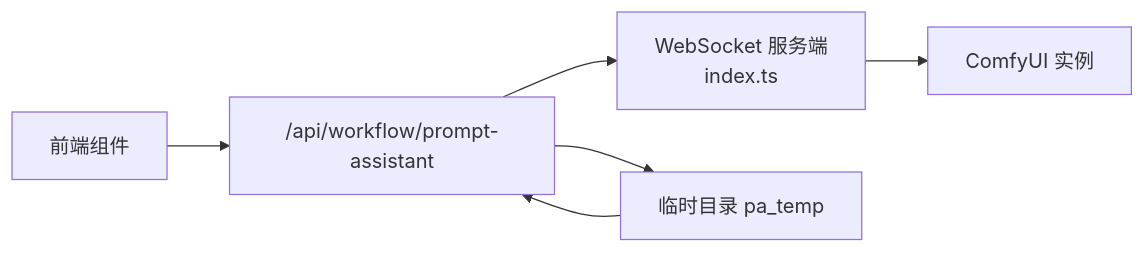
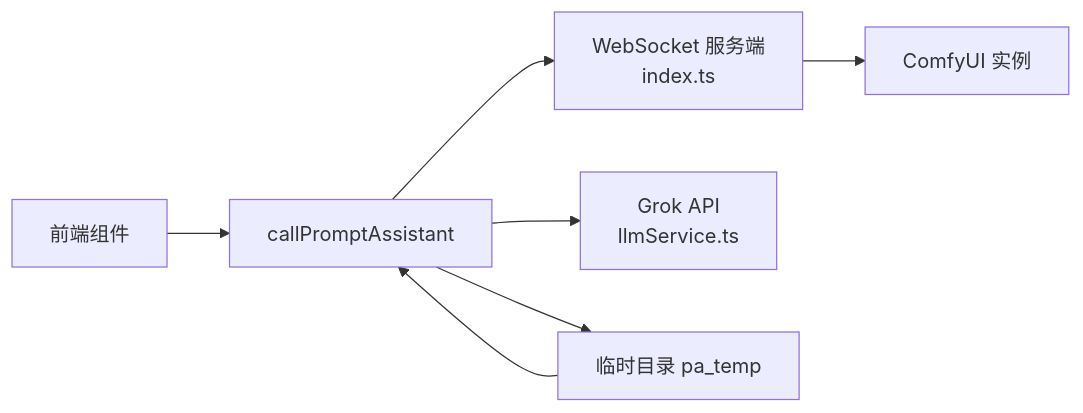
One commit to billye220670/CorineKit_Pix2Real changed the sixth of 6 diagrams in .qoder/repowiki/zh/content/专业功能/提示词助手.md. Above: the diagram before and after it, drawn with Mermaid. The commit also changed other lines of this file and 11 other files, not shown here.

````diff
--- a/.qoder/repowiki/zh/content/专业功能/提示词助手.md
+++ b/.qoder/repowiki/zh/content/专业功能/提示词助手.md
@@ -313,8 +372,9 @@
 ```mermaid
 graph LR
-FE["前端组件"] --> API["/api/workflow/prompt-assistant"]
+FE["前端组件"] --> API["callPromptAssistant"]
 API --> WSS["WebSocket 服务端<br/>index.ts"]
+API --> GROK["Grok API<br/>llmService.ts"]
 WSS --> CUI["ComfyUI 实例"]
 API --> FS["临时目录 pa_temp"]
 FS --> API
 ```
````
